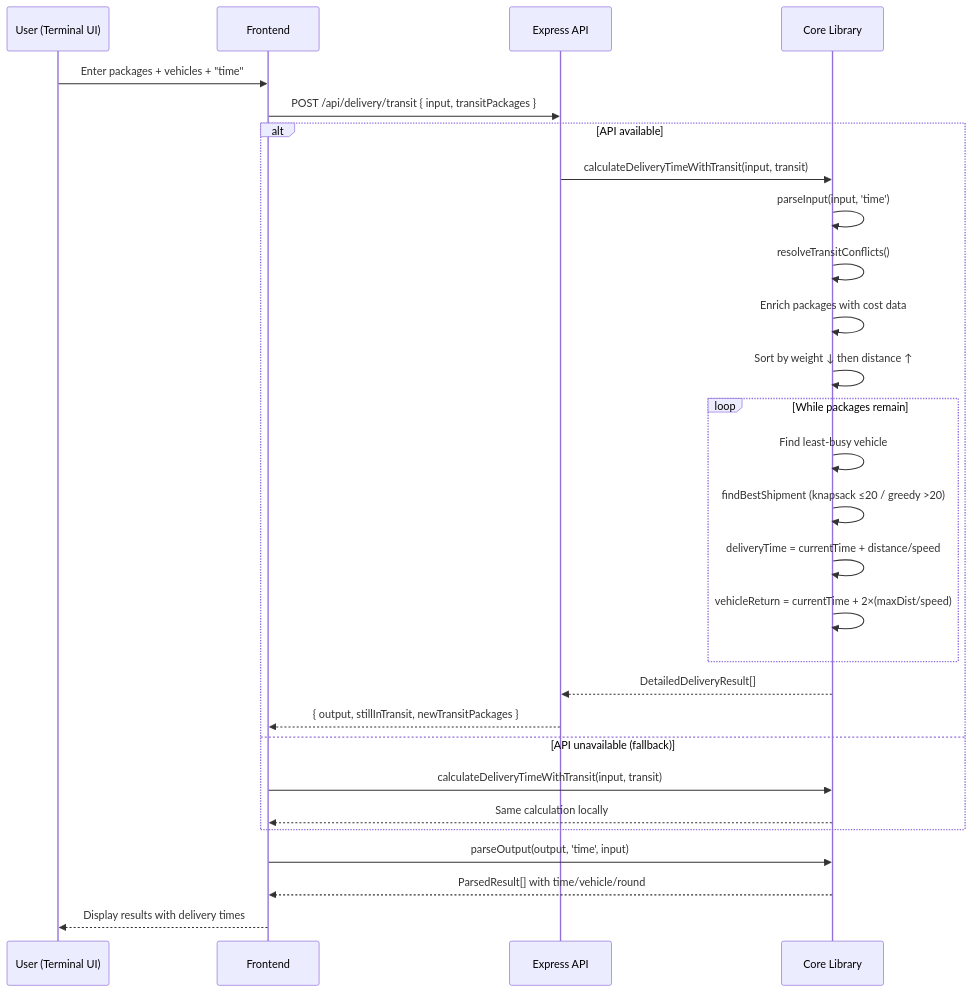
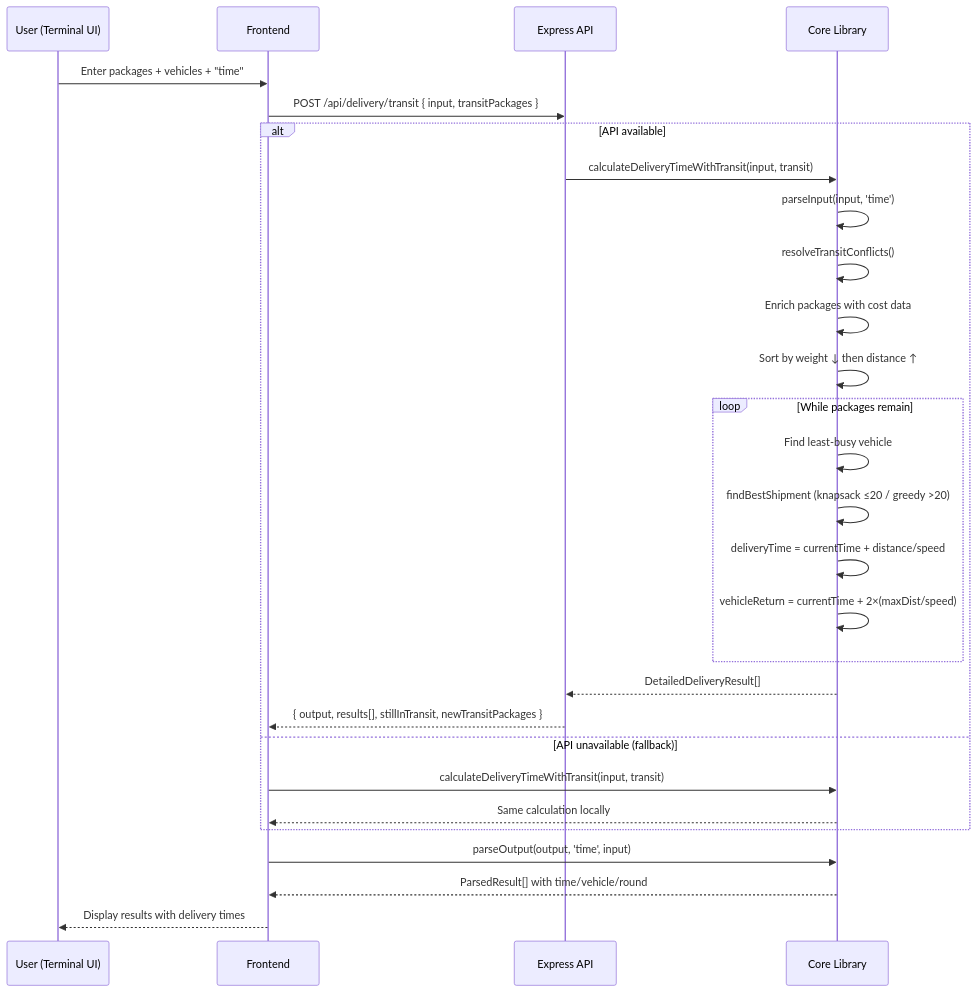
The third of 6 diagrams in README.md (nurulizyansyaza/courier-service), drawn with Mermaid before and after one commit. The commit also changed other lines of this file, not shown here.

First line of the commit message:
update readme: shared dependency model, transit results field, CLI fallback

````diff
--- a/README.md
+++ b/README.md
@@ -64,35 +65,35 @@
 ```mermaid
 sequenceDiagram
     participant U as User (Terminal UI)
     participant FE as Frontend
     participant API as Express API
     participant Core as Core Library
 
     U->>FE: Enter packages + vehicles + "time"
     FE->>API: POST /api/delivery/transit { input, transitPackages }
 
     alt API available
         API->>Core: calculateDeliveryTimeWithTransit(input, transit)
         Core->>Core: parseInput(input, 'time')
         Core->>Core: resolveTransitConflicts()
         Core->>Core: Enrich packages with cost data
         Core->>Core: Sort by weight ↓ then distance ↑
 
         loop While packages remain
             Core->>Core: Find least-busy vehicle
             Core->>Core: findBestShipment (knapsack ≤20 / greedy >20)
             Core->>Core: deliveryTime = currentTime + distance/speed
             Core->>Core: vehicleReturn = currentTime + 2×(maxDist/speed)
         end
 
         Core-->>API: DetailedDeliveryResult[]
-        API-->>FE: { output, stillInTransit, newTransitPackages }
+        API-->>FE: { output, results[], stillInTransit, newTransitPackages }
     else API unavailable (fallback)
         FE->>Core: calculateDeliveryTimeWithTransit(input, transit)
         Core-->>FE: Same calculation locally
     end
 
     FE->>Core: parseOutput(output, 'time', input)
     Core-->>FE: ParsedResult[] with time/vehicle/round
     FE-->>U: Display results with delivery times
 ```
````
